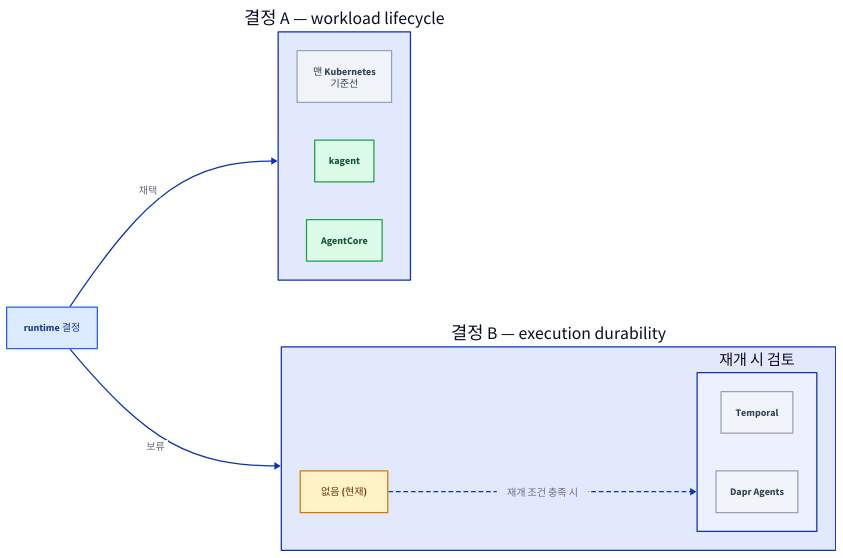
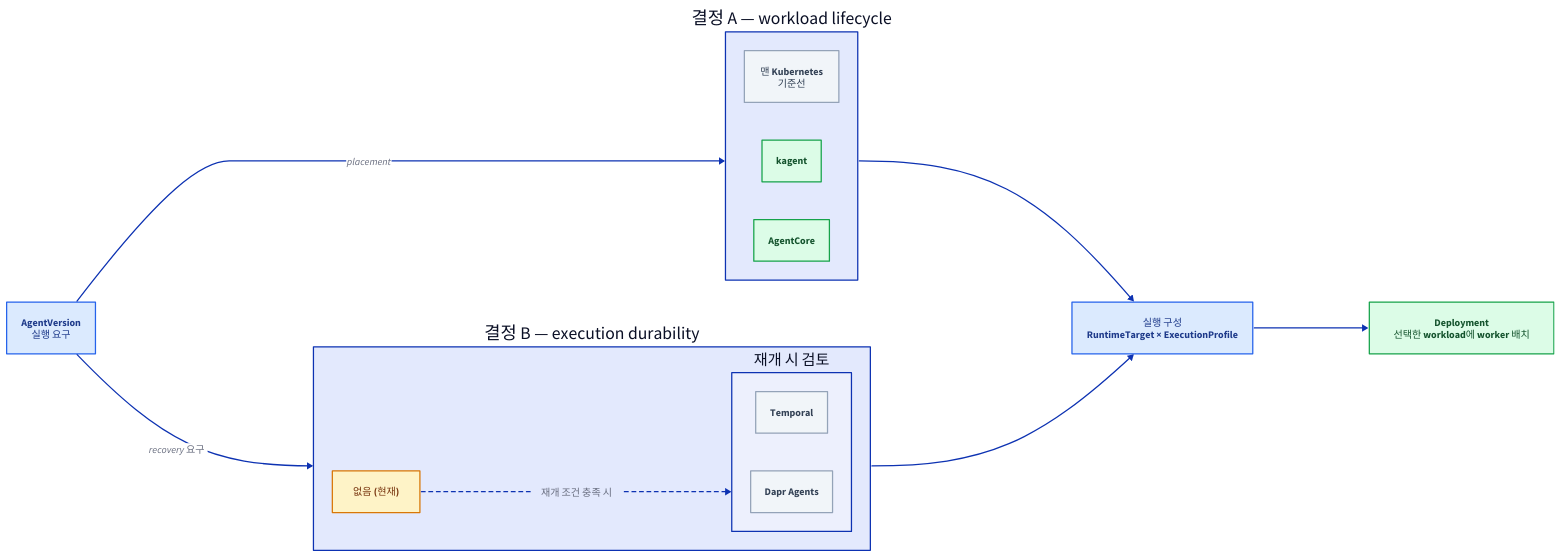
One commit to mechurak/study-starlight changed the diagram in src/content/docs/agent-platform/12-durable-execution.mdx. Above: the diagram before and after it, drawn with D2. The commit also changed other lines of this file and 21 other files, not shown here.

Commit message:
Refine the agent platform architecture deck

````diff
--- a/src/content/docs/agent-platform/12-durable-execution.mdx
+++ b/src/content/docs/agent-platform/12-durable-execution.mdx
@@ -33,56 +33,62 @@
-```d2 layout=elk pad=40 title="runtime 결정이 workload lifecycle과 execution durability로 나뉘고, 결정 A는 맨 Kubernetes를 기준선으로 kagent·AgentCore를 검증하며 결정 B는 없음으로 보류하되 재개 시 Temporal·Dapr Agents를 검토하는 구조"
+```d2 layout=elk pad=40 title="AgentVersion의 workload target과 execution durability 결정을 독립적으로 내린 뒤 하나의 실행 구성으로 조합하며 durable engine이 runtime target을 대신하지 않는 구조"
 direction: right
 
 classes: {
   key: {
     style: {
       fill: "#dbeafe"
       stroke: "#2563eb"
       font-color: "#1e3a8a"
     }
   }
   ok: {
     style: {
       fill: "#dcfce7"
       stroke: "#16a34a"
       font-color: "#14532d"
     }
   }
   mute: {
     style: {
       fill: "#f1f5f9"
       stroke: "#94a3b8"
       font-color: "#334155"
     }
   }
   warn: {
     style: {
       fill: "#fef3c7"
       stroke: "#d97706"
       font-color: "#78350f"
     }
   }
 }
 
-rt: "runtime 결정" { class: key }
+spec: "AgentVersion\n실행 요구" { class: key }
 
 a: "결정 A — workload lifecycle" {
   k8s: "맨 Kubernetes\n기준선" { class: mute }
   kag: "kagent" { class: ok }
   acr: "AgentCore" { class: ok }
 }
 
 b: "결정 B — execution durability" {
   none: "없음 (현재)" { class: warn }
   cands: "재개 시 검토" {
     tmp: "Temporal" { class: mute }
     dapr: "Dapr Agents" { class: mute }
   }
   none -> cands: "재개 조건 충족 시" {
     style.stroke-dash: 3
   }
 }
 
-rt -> a: "채택"
-rt -> b: "보류"
+composed: "실행 구성\nRuntimeTarget × ExecutionProfile" { class: key }
+deployment: "Deployment\n선택한 workload에 worker 배치" { class: ok }
+
+spec -> a: "placement"
+spec -> b: "recovery 요구"
+a -> composed
+b -> composed
+composed -> deployment
 ```
````
